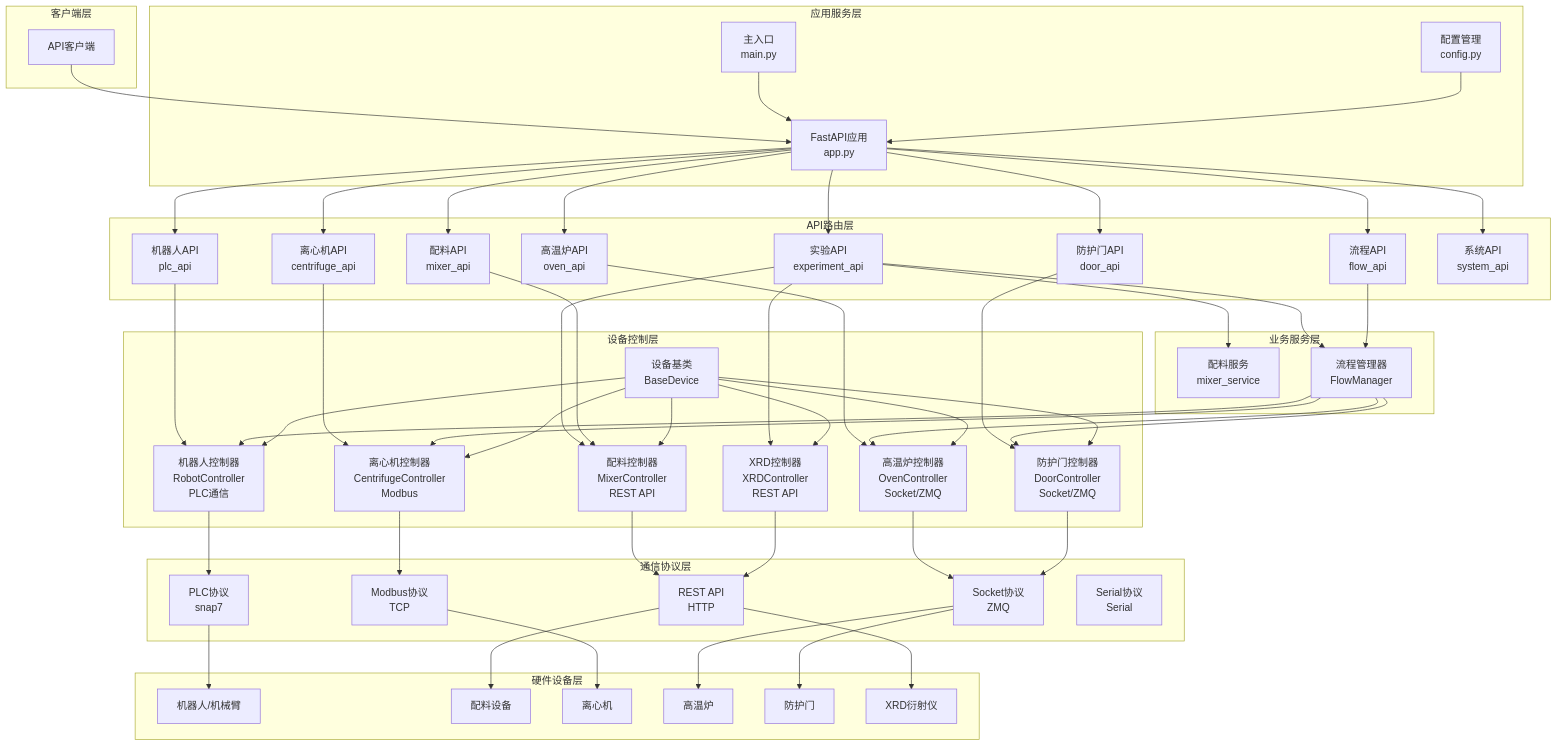
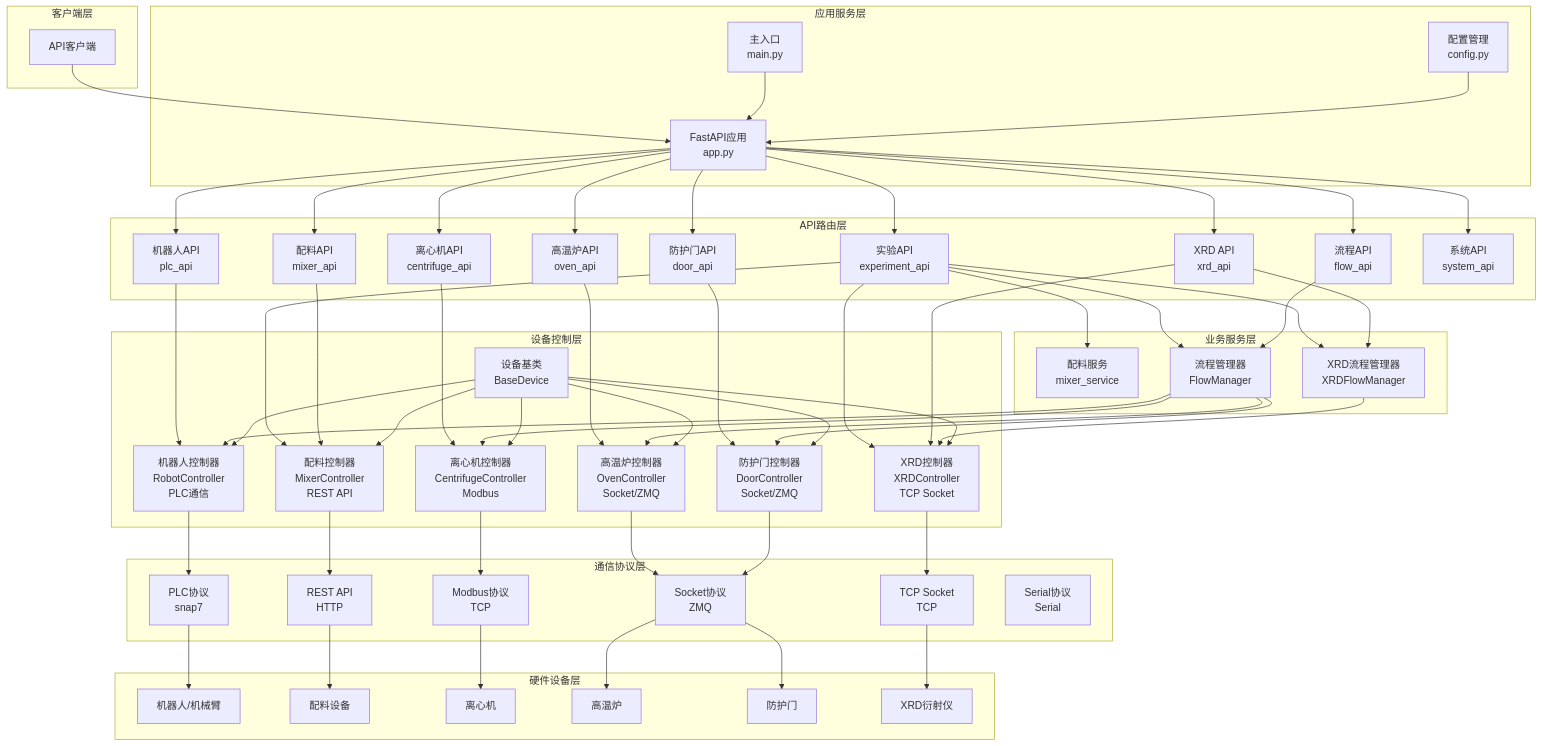
The first of 11 diagrams in docs/系统架构流程图.md (nipeone/ai4device), drawn with Mermaid before and after one commit. The commit also changed other lines of this file, not shown here.

````diff
--- a/docs/系统架构流程图.md
+++ b/docs/系统架构流程图.md
@@ -22,12 +22,14 @@
         CENT_API[离心机API<br/>centrifuge_api]
         OVEN_API[高温炉API<br/>oven_api]
         DOOR_API[防护门API<br/>door_api]
+        XRD_API[XRD API<br/>xrd_api]
         SYS_API[系统API<br/>system_api]
     end
     
     subgraph "业务服务层"
         MIXER_SVC[配料服务<br/>mixer_service]
         FLOW_MGR[流程管理器<br/>FlowManager]
+        XRD_FLOW_MGR[XRD流程管理器<br/>XRDFlowManager]
     end
     
     subgraph "设备控制层"
@@ -37,13 +39,14 @@
         CENT_CTRL[离心机控制器<br/>CentrifugeController<br/>Modbus]
         OVEN_CTRL[高温炉控制器<br/>OvenController<br/>Socket/ZMQ]
         DOOR_CTRL[防护门控制器<br/>DoorController<br/>Socket/ZMQ]
-        XRD_CTRL[XRD控制器<br/>XRDController<br/>REST API]
+        XRD_CTRL[XRD控制器<br/>XRDController<br/>TCP Socket]
     end
     
     subgraph "通信协议层"
         PLC_PROTO[PLC协议<br/>snap7]
         MODBUS_PROTO[Modbus协议<br/>TCP]
         SOCKET_PROTO[Socket协议<br/>ZMQ]
+        TCP_SOCKET_PROTO[TCP Socket<br/>TCP]
         REST_PROTO[REST API<br/>HTTP]
         SERIAL_PROTO[Serial协议<br/>Serial]
     end
@@ -68,14 +71,18 @@
     FASTAPI --> CENT_API
     FASTAPI --> OVEN_API
     FASTAPI --> DOOR_API
+    FASTAPI --> XRD_API
     FASTAPI --> SYS_API
     
     EXP_API --> MIXER_SVC
     EXP_API --> FLOW_MGR
+    EXP_API --> XRD_FLOW_MGR
     EXP_API --> MIXER_CTRL
     EXP_API --> XRD_CTRL
     
     FLOW_API --> FLOW_MGR
+    XRD_API --> XRD_FLOW_MGR
+    XRD_API --> XRD_CTRL
     MIXER_API --> MIXER_CTRL
     ROBOT_API --> ROBOT_CTRL
     CENT_API --> CENT_CTRL
@@ -86,6 +93,7 @@
     FLOW_MGR --> OVEN_CTRL
     FLOW_MGR --> DOOR_CTRL
     FLOW_MGR --> CENT_CTRL
+    XRD_FLOW_MGR --> XRD_CTRL
     
     BASE --> ROBOT_CTRL
     BASE --> MIXER_CTRL
@@ -99,12 +107,12 @@
     OVEN_CTRL --> SOCKET_PROTO
     DOOR_CTRL --> SOCKET_PROTO
     MIXER_CTRL --> REST_PROTO
-    XRD_CTRL --> REST_PROTO
+    XRD_CTRL --> TCP_SOCKET_PROTO
     
     PLC_PROTO --> ROBOT
     MODBUS_PROTO --> CENTRIFUGE
     SOCKET_PROTO --> OVEN
     SOCKET_PROTO --> DOOR
     REST_PROTO --> MIXER
-    REST_PROTO --> XRD
+    TCP_SOCKET_PROTO --> XRD
 ```
````
